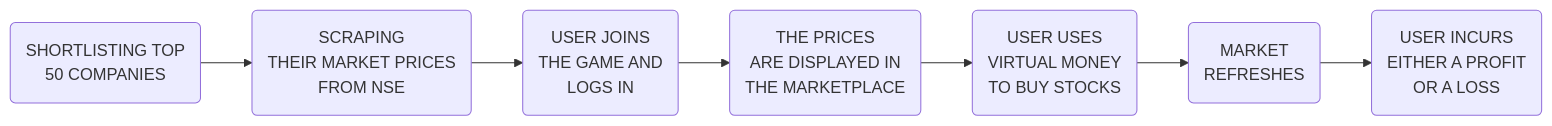
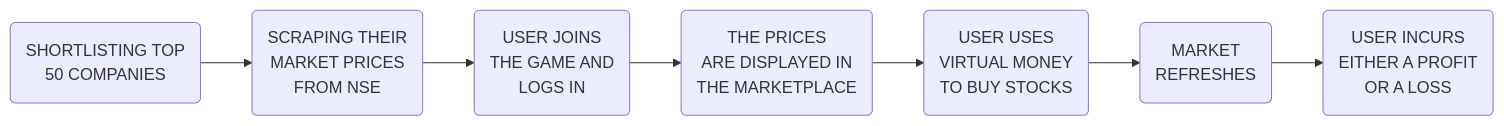
Before and after one commit to namanctrvd/Stocky: the first of 3 diagrams in README.md, drawn with Mermaid. The commit also changed other lines of this file, not shown here.

````diff
--- a/README.md
+++ b/README.md
@@ -15,9 +36,9 @@
 ```mermaid
 graph LR;
-    A(SHORTLISTING TOP </br> 50 COMPANIES)-->B(SCRAPING </br> THEIR MARKET PRICES </br> FROM NSE);
+    A(SHORTLISTING TOP </br> 50 COMPANIES)-->B(SCRAPING THEIR </br> MARKET PRICES </br> FROM NSE);
     B-->C(USER JOINS </br> THE GAME AND </br> LOGS IN);
     C-->D(THE PRICES </br> ARE DISPLAYED IN </br> THE MARKETPLACE);
     D-->E(USER USES </br> VIRTUAL MONEY </br> TO BUY STOCKS);
     E-->F(MARKET </br> REFRESHES);
     F-->G(USER INCURS </br> EITHER A PROFIT </br> OR A LOSS);
 ```
````
